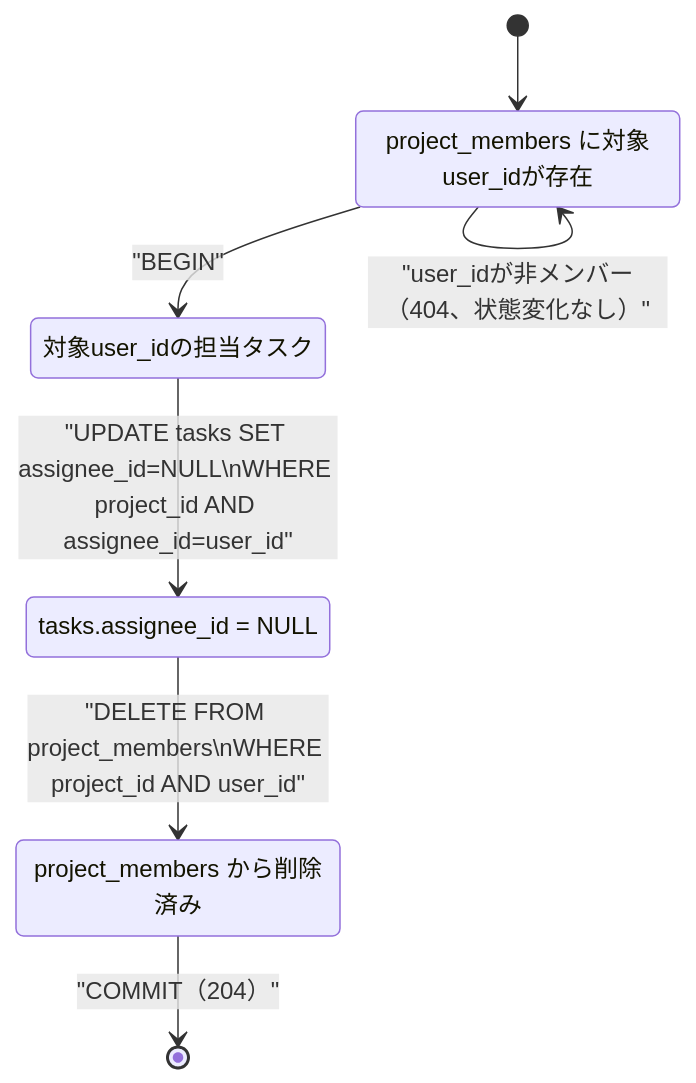
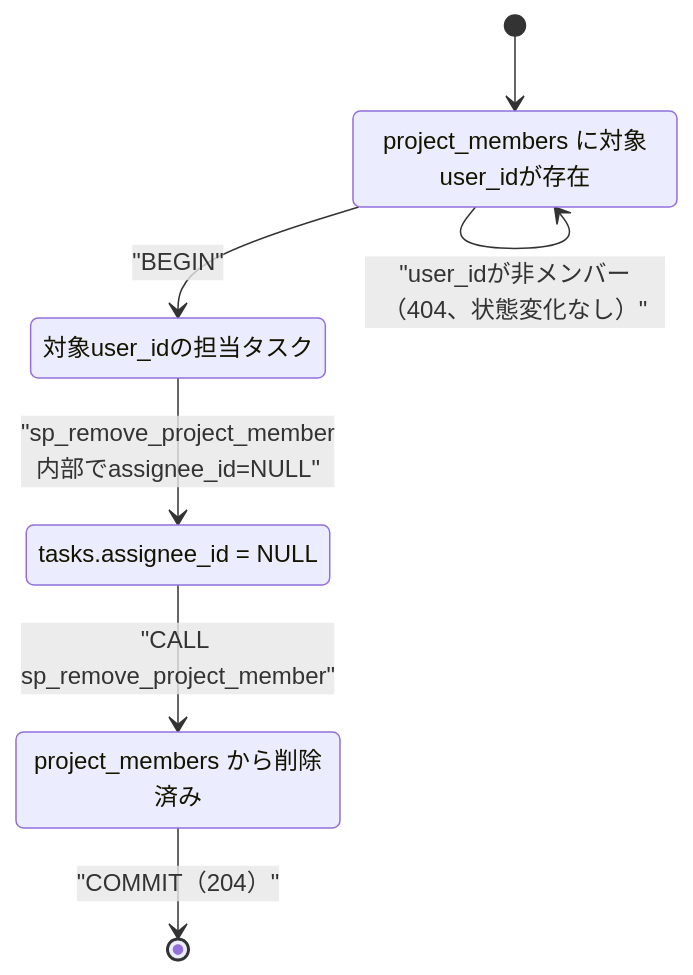
Before and after one commit to oikawa-d/task_management: the fourth of 4 diagrams in detailed_design/api/projects/09_delete_project_member.md, drawn with Mermaid. The commit also changed other lines of this file and 58 other files, not shown here.

````diff
--- a/detailed_design/api/projects/09_delete_project_member.md
+++ b/detailed_design/api/projects/09_delete_project_member.md
@@ -203,15 +203,15 @@
 ```mermaid
 stateDiagram-v2
     state "project_members に対象user_idが存在" as Member
     state "対象user_idの担当タスク" as Tasks
     state "tasks.assignee_id = NULL" as Unassigned
     state "project_members から削除済み" as Removed
 
     [*] --> Member
     Member --> Tasks: "BEGIN"
-    Tasks --> Unassigned: "UPDATE tasks SET assignee_id=NULL\nWHERE project_id AND assignee_id=user_id"
-    Unassigned --> Removed: "DELETE FROM project_members\nWHERE project_id AND user_id"
+    Tasks --> Unassigned: "sp_remove_project_member内部でassignee_id=NULL"
+    Unassigned --> Removed: "CALL sp_remove_project_member"
     Removed --> [*]: "COMMIT（204）"
     Member --> Member: "user_id == owner_id（409、状態変化なし）"
     Member --> Member: "user_idが非メンバー（404、状態変化なし）"
 ```
````
